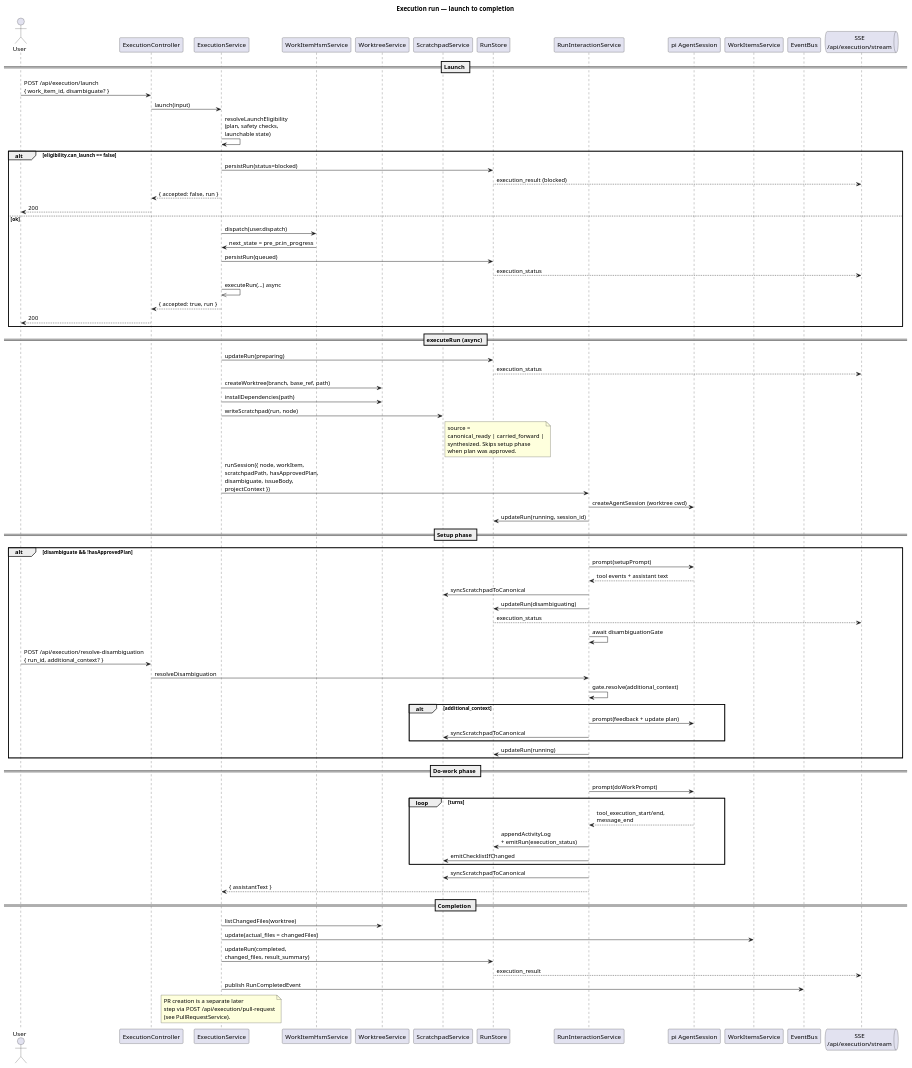
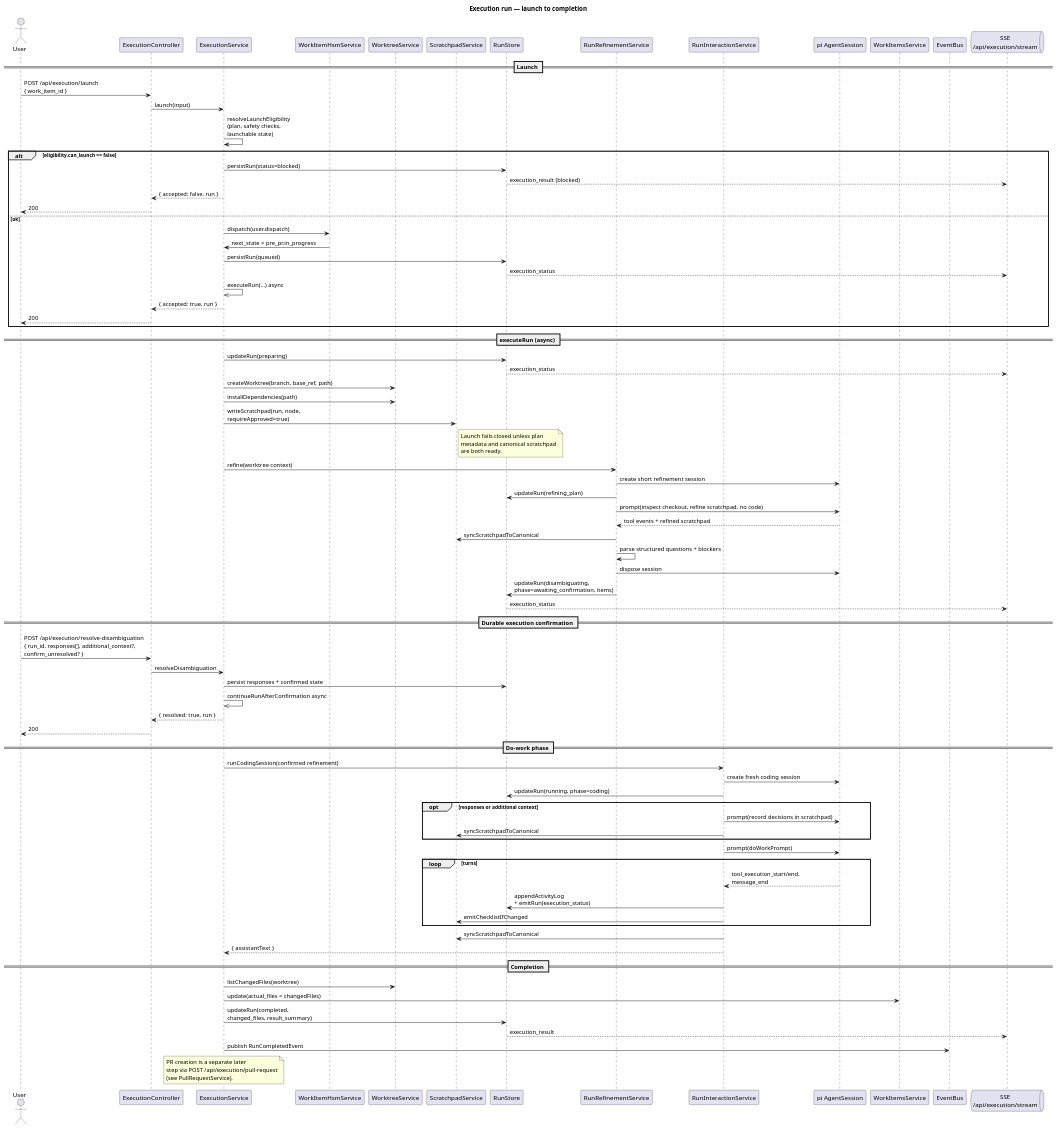
Before and after one commit to fusupo/escapement-studio: the diagram in docs/diagrams/sequences/02-execution-run.puml, drawn with PlantUML. The commit also changed 35 other files, not shown here.

Commit message:
fix(execution): harden plan-to-archive workflow

```diff
--- a/docs/diagrams/sequences/02-execution-run.puml
+++ b/docs/diagrams/sequences/02-execution-run.puml
@@ -1,100 +1,100 @@
 @startuml execution-run
 title Execution run — launch to completion
 
 skinparam shadowing false
 
 actor User
 participant "ExecutionController" as Ctrl
 participant "ExecutionService" as Svc
 participant "WorkItemHsmService" as Hsm
 participant "WorktreeService" as Tree
 participant "ScratchpadService" as Scratch
 participant "RunStore" as Store
+participant "RunRefinementService" as Refine
 participant "RunInteractionService" as Inter
 participant "pi AgentSession" as Pi
 participant "WorkItemsService" as Items
 participant "EventBus" as Bus
 queue "SSE\n/api/execution/stream" as Sse
 
 == Launch ==
-User -> Ctrl : POST /api/execution/launch\n{ work_item_id, disambiguate? }
+User -> Ctrl : POST /api/execution/launch\n{ work_item_id }
 Ctrl -> Svc : launch(input)
 Svc -> Svc : resolveLaunchEligibility\n(plan, safety checks,\nlaunchable state)
 
 alt eligibility.can_launch == false
   Svc -> Store : persistRun(status=blocked)
   Store --> Sse : execution_result (blocked)
   Svc --> Ctrl : { accepted: false, run }
   Ctrl --> User : 200
 else ok
   Svc -> Hsm : dispatch(user.dispatch)
   Hsm -> Svc : next_state = pre_pr.in_progress
   Svc -> Store : persistRun(queued)
   Store --> Sse : execution_status
   Svc ->> Svc : executeRun(...) async
   Svc --> Ctrl : { accepted: true, run }
   Ctrl --> User : 200
 end
 
 == executeRun (async) ==
 Svc -> Store : updateRun(preparing)
 Store --> Sse : execution_status
 Svc -> Tree : createWorktree(branch, base_ref, path)
 Svc -> Tree : installDependencies(path)
-Svc -> Scratch : writeScratchpad(run, node)
+Svc -> Scratch : writeScratchpad(run, node,\nrequireApproved=true)
 note right of Scratch
-  source =
-  canonical_ready | carried_forward |
-  synthesized. Skips setup phase
-  when plan was approved.
+  Launch fails closed unless plan
+  metadata and canonical scratchpad
+  are both ready.
 end note
-Svc -> Inter : runSession({ node, workItem,\nscratchpadPath, hasApprovedPlan,\ndisambiguate, issueBody,\nprojectContext })
+Svc -> Refine : refine(worktree context)
+Refine -> Pi : create short refinement session
+Refine -> Store : updateRun(refining_plan)
+Refine -> Pi : prompt(inspect checkout, refine scratchpad, no code)
+Pi --> Refine : tool events + refined scratchpad
+Refine -> Scratch : syncScratchpadToCanonical
+Refine -> Refine : parse structured questions + blockers
+Refine -> Pi : dispose session
+Refine -> Store : updateRun(disambiguating,\nphase=awaiting_confirmation, items)
+Store --> Sse : execution_status
 
-Inter -> Pi : createAgentSession (worktree cwd)
-Inter -> Store : updateRun(running, session_id)
-
-== Setup phase ==
-alt disambiguate && !hasApprovedPlan
-  Inter -> Pi : prompt(setupPrompt)
-  Pi --> Inter : tool events + assistant text
-  Inter -> Scratch : syncScratchpadToCanonical
-  Inter -> Store : updateRun(disambiguating)
-  Store --> Sse : execution_status
-  Inter -> Inter : await disambiguationGate
-
-  User -> Ctrl : POST /api/execution/resolve-disambiguation\n{ run_id, additional_context? }
-  Ctrl -> Inter : resolveDisambiguation
-  Inter -> Inter : gate.resolve(additional_context)
-
-  alt additional_context
-    Inter -> Pi : prompt(feedback + update plan)
-    Inter -> Scratch : syncScratchpadToCanonical
-  end
-
-  Inter -> Store : updateRun(running)
-end
+== Durable execution confirmation ==
+User -> Ctrl : POST /api/execution/resolve-disambiguation\n{ run_id, responses[], additional_context?,\nconfirm_unresolved? }
+Ctrl -> Svc : resolveDisambiguation
+Svc -> Store : persist responses + confirmed state
+Svc ->> Svc : continueRunAfterConfirmation async
+Svc --> Ctrl : { resolved: true, run }
+Ctrl --> User : 200
 
 == Do-work phase ==
+Svc -> Inter : runCodingSession(confirmed refinement)
+Inter -> Pi : create fresh coding session
+Inter -> Store : updateRun(running, phase=coding)
+opt responses or additional context
+  Inter -> Pi : prompt(record decisions in scratchpad)
+  Inter -> Scratch : syncScratchpadToCanonical
+end
 Inter -> Pi : prompt(doWorkPrompt)
 loop turns
   Pi --> Inter : tool_execution_start/end,\nmessage_end
   Inter -> Store : appendActivityLog\n+ emitRun(execution_status)
   Inter -> Scratch : emitChecklistIfChanged
 end
 Inter -> Scratch : syncScratchpadToCanonical
 Inter --> Svc : { assistantText }
 
 == Completion ==
 Svc -> Tree : listChangedFiles(worktree)
 Svc -> Items : update(actual_files = changedFiles)
 Svc -> Store : updateRun(completed,\nchanged_files, result_summary)
 Store --> Sse : execution_result
 Svc -> Bus : publish RunCompletedEvent
 
 note over Svc
   PR creation is a separate later
   step via POST /api/execution/pull-request
   (see PullRequestService).
 end note
 
 @enduml
```
